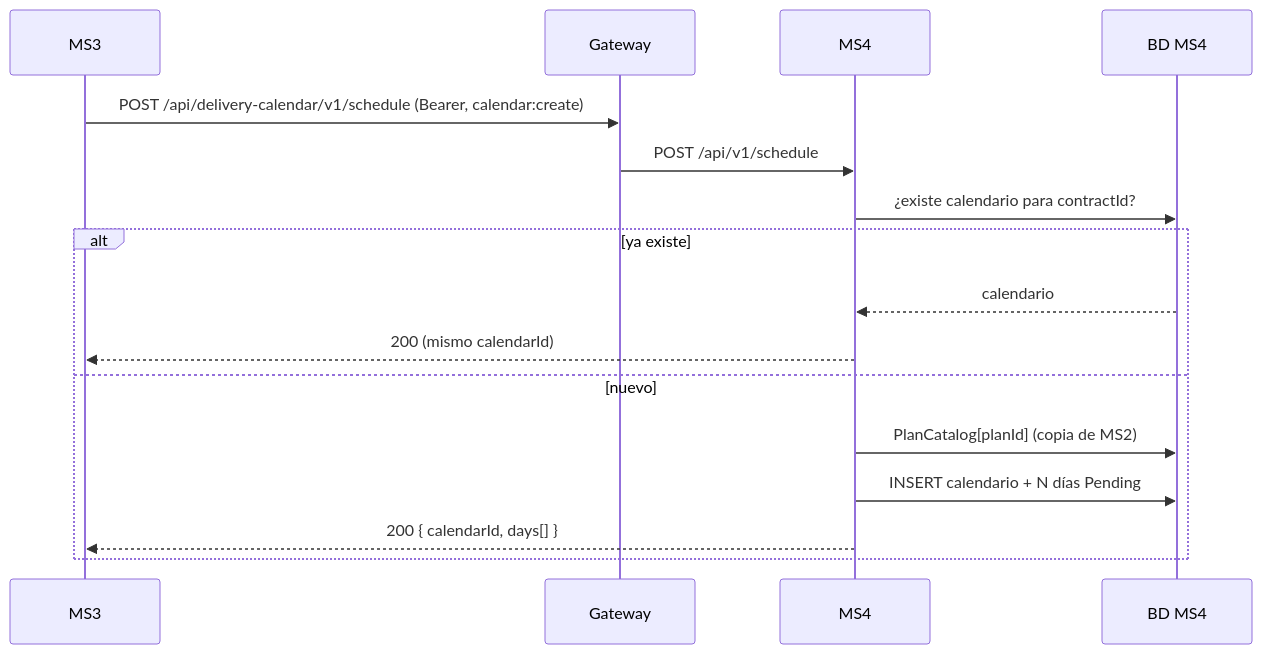
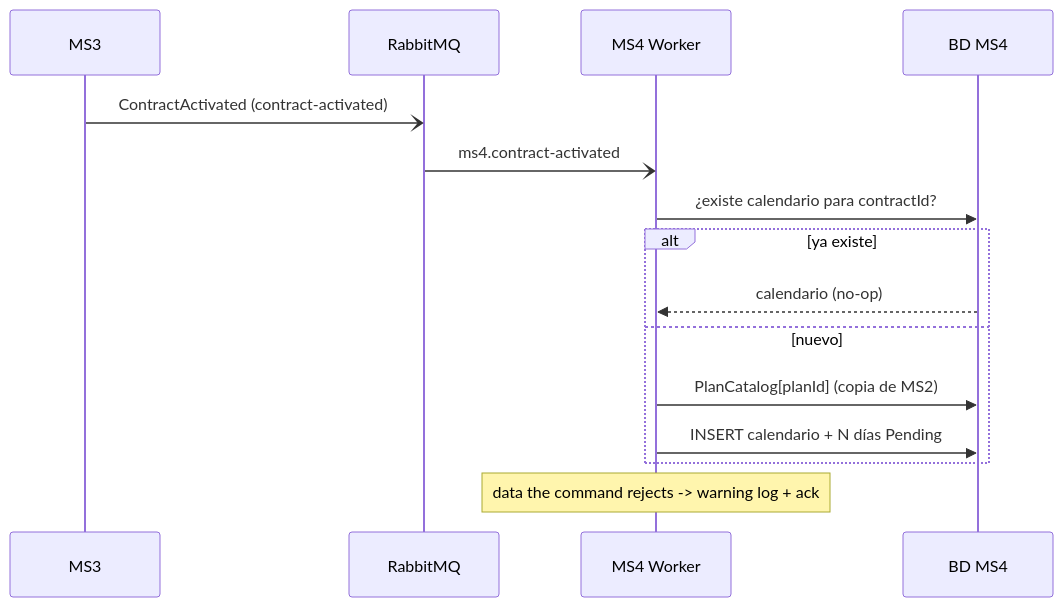
The first of 4 diagrams in services/ms4-delivery-calendar/flows.md (Nur-tricenter/knowledge), drawn with Mermaid before and after one commit. The commit also changed other lines of this file and 43 other files, not shown here.

````diff
--- a/services/ms4-delivery-calendar/flows.md
+++ b/services/ms4-delivery-calendar/flows.md
@@ -20,18 +20,17 @@
 ```mermaid
 sequenceDiagram
   participant MS3
-  participant GW as Gateway
-  participant MS4
+  participant MQ as RabbitMQ
+  participant W as MS4 Worker
   participant DB as BD MS4
-  MS3->>GW: POST /api/delivery-calendar/v1/schedule (Bearer, calendar:create)
-  GW->>MS4: POST /api/v1/schedule
-  MS4->>DB: ¿existe calendario para contractId?
+  MS3-)MQ: ContractActivated (contract-activated)
+  MQ-)W: ms4.contract-activated
+  W->>DB: ¿existe calendario para contractId?
   alt ya existe
-    DB-->>MS4: calendario
-    MS4-->>MS3: 200 (mismo calendarId)
+    DB-->>W: calendario (no-op)
   else nuevo
-    MS4->>DB: PlanCatalog[planId] (copia de MS2)
-    MS4->>DB: INSERT calendario + N días Pending
-    MS4-->>MS3: 200 { calendarId, days[] }
+    W->>DB: PlanCatalog[planId] (copia de MS2)
+    W->>DB: INSERT calendario + N días Pending
   end
+  Note over W: data the command rejects -> warning log + ack
 ```
````
